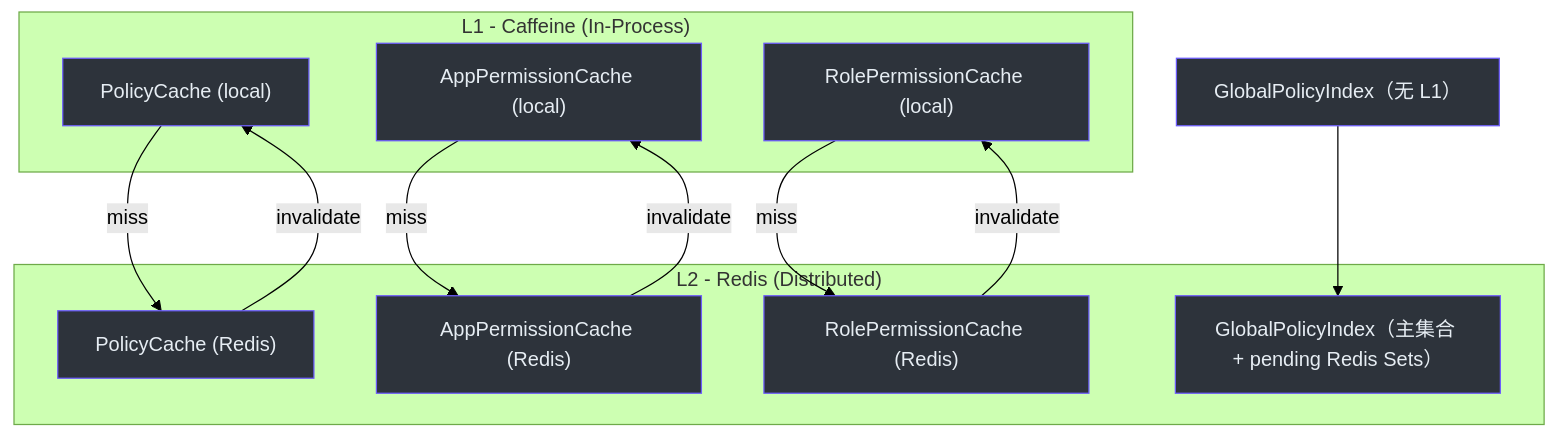
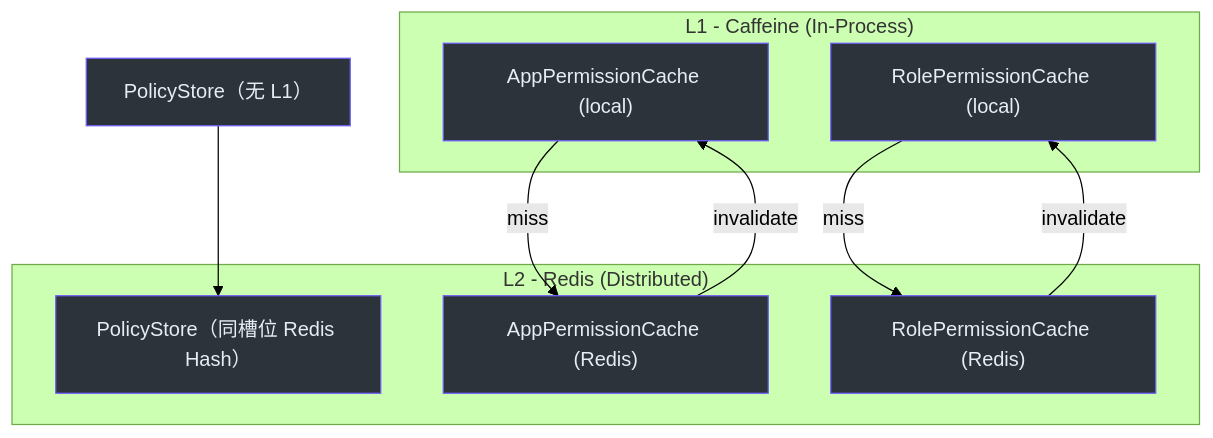
One commit to Ahoo-Wang/CoSec changed the fourth of 4 diagrams in wiki/zh/deep-dive/integrations/redis-caching.md. Above: the diagram before and after it, drawn with Mermaid (forest theme). The commit also changed other lines of this file and 26 other files, not shown here.

````diff
--- a/wiki/zh/deep-dive/integrations/redis-caching.md
+++ b/wiki/zh/deep-dive/integrations/redis-caching.md
@@ -144,31 +136,25 @@
 ```mermaid
 graph TD
     subgraph "L1 - Caffeine (In-Process)"
-        A["PolicyCache (local)"]
         B["AppPermissionCache (local)"]
         C["RolePermissionCache (local)"]
     end
     subgraph "L2 - Redis (Distributed)"
-        E["PolicyCache (Redis)"]
+        E["PolicyStore（同槽位 Redis Hash）"]
         F["AppPermissionCache (Redis)"]
         G["RolePermissionCache (Redis)"]
-        H["GlobalPolicyIndex（主集合 + pending Redis Sets）"]
     end
-    D["GlobalPolicyIndex（无 L1）"] --> H
-    A -->|miss| E
+    D["PolicyStore（无 L1）"] --> E
     B -->|miss| F
     C -->|miss| G
-    E -->|invalidate| A
     F -->|invalidate| B
     G -->|invalidate| C
 
-    style A fill:#2d333b,stroke:#6d5dfc,color:#e6edf3
     style B fill:#2d333b,stroke:#6d5dfc,color:#e6edf3
     style C fill:#2d333b,stroke:#6d5dfc,color:#e6edf3
     style D fill:#2d333b,stroke:#6d5dfc,color:#e6edf3
     style E fill:#2d333b,stroke:#6d5dfc,color:#e6edf3
     style F fill:#2d333b,stroke:#6d5dfc,color:#e6edf3
     style G fill:#2d333b,stroke:#6d5dfc,color:#e6edf3
-    style H fill:#2d333b,stroke:#6d5dfc,color:#e6edf3
 
 ```
````
